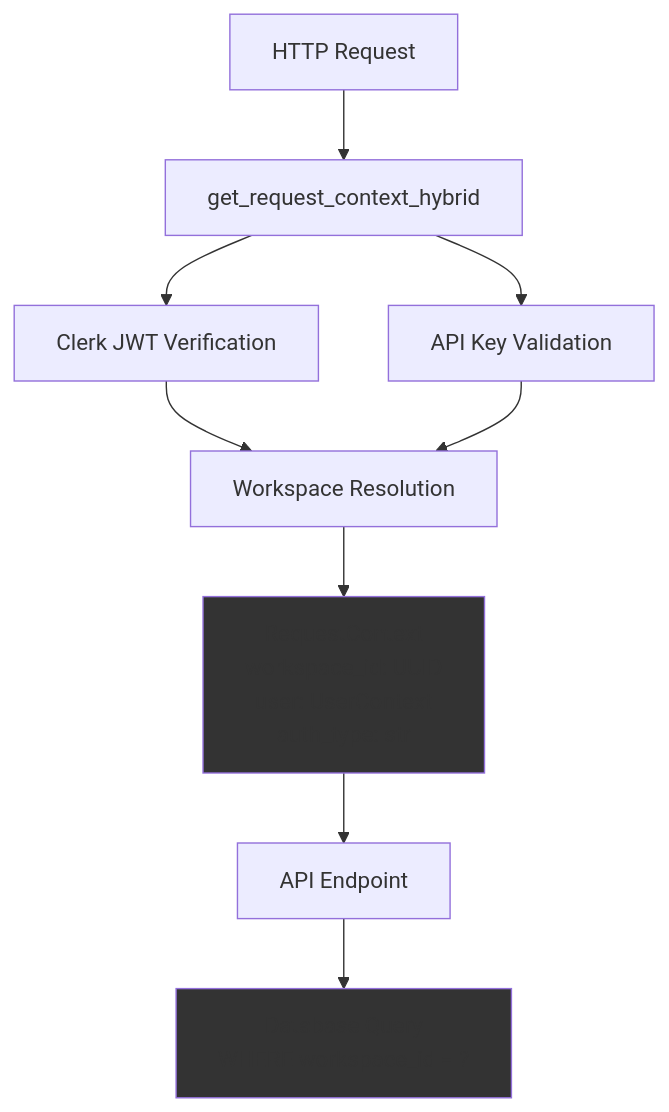
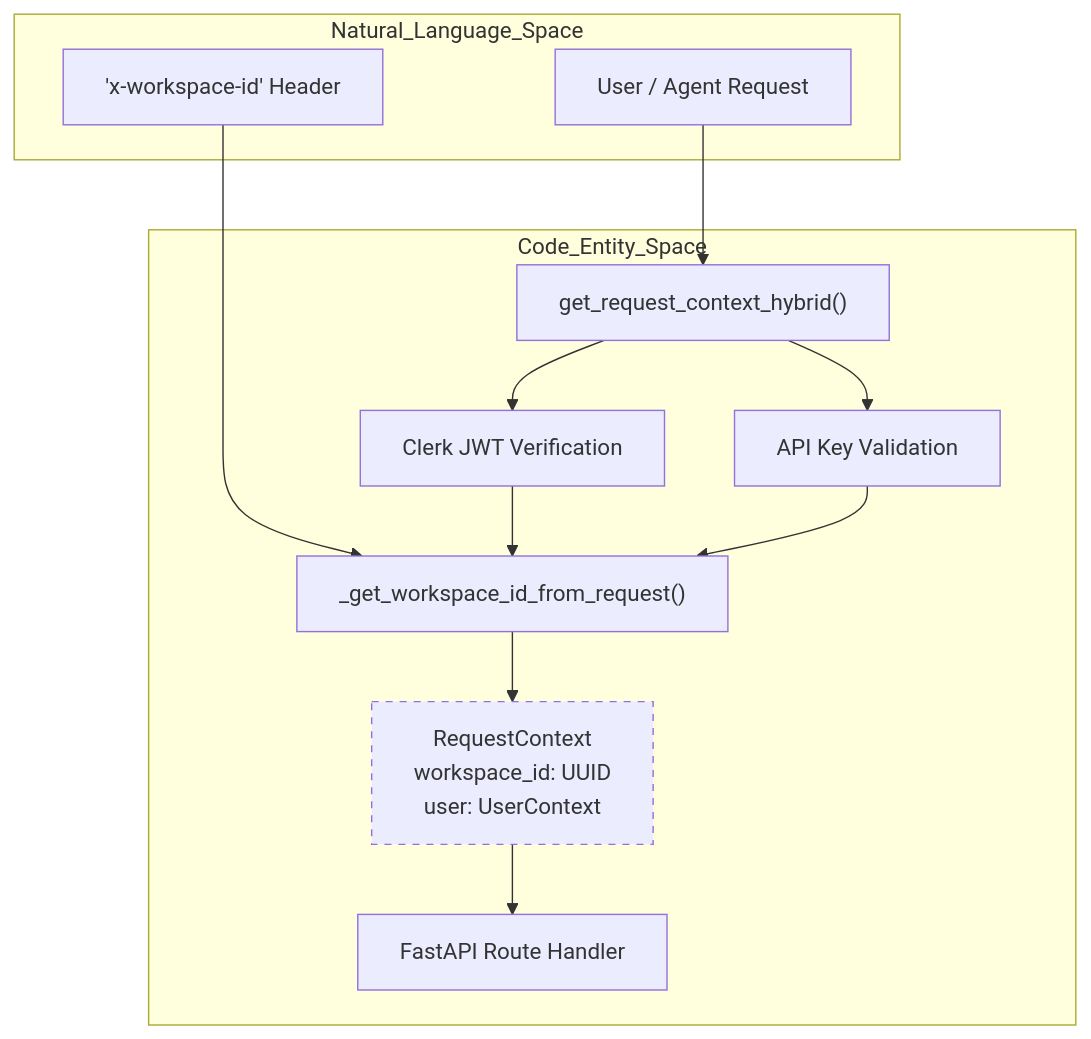
The first of 2 diagrams in docs/authentication-multi-tenancy/data-isolation.md (AutomatosAI/automatos-ai), drawn with Mermaid before and after one commit. The commit also changed other lines of this file and 149 other files, not shown here.

Commit message:
docs: refresh documentation with graphify semantic scan

````diff
--- a/docs/authentication-multi-tenancy/data-isolation.md
+++ b/docs/authentication-multi-tenancy/data-isolation.md
@@ -31,23 +45,27 @@
 ```mermaid
 graph TB
-    Request["HTTP Request"]
-    HybridAuth["get_request_context_hybrid"]
-    ClerkJWT["Clerk JWT Verification"]
-    APIKey["API Key Validation"]
-    ResolveWS["Workspace Resolution"]
-    RequestContext["RequestContext<br/>workspace_id: UUID<br/>user: UserContext<br/>auth_type: str"]
-    Endpoint["API Endpoint"]
-    DBQuery["Database Query<br/>WHERE workspace_id = ?"]
-    
-    Request --> HybridAuth
-    HybridAuth --> ClerkJWT
-    HybridAuth --> APIKey
-    ClerkJWT --> ResolveWS
-    APIKey --> ResolveWS
-    ResolveWS --> RequestContext
+    subgraph "Natural_Language_Space"
+        User["User / Agent Request"]
+        WS_Header["'x-workspace-id' Header"]
+    end
+
+    subgraph "Code_Entity_Space"
+        AuthDep["get_request_context_hybrid()"]
+        ClerkAuth["Clerk JWT Verification"]
+        APIKeyAuth["API Key Validation"]
+        WS_Resolver["_get_workspace_id_from_request()"]
+        RequestContext["RequestContext<br/>workspace_id: UUID<br/>user: UserContext"]
+        Endpoint["FastAPI Route Handler"]
+    end
+
+    User --> AuthDep
+    WS_Header --> WS_Resolver
+    AuthDep --> ClerkAuth
+    AuthDep --> APIKeyAuth
+    ClerkAuth --> WS_Resolver
+    APIKeyAuth --> WS_Resolver
+    WS_Resolver --> RequestContext
     RequestContext --> Endpoint
-    Endpoint --> DBQuery
-    
-    style RequestContext fill:#333
-    style DBQuery fill:#333
+
+    style RequestContext stroke-dasharray: 5 5
 ```
````
